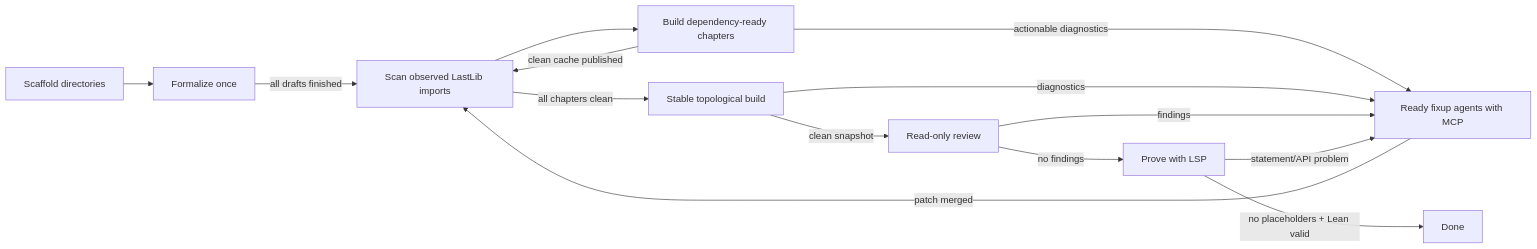
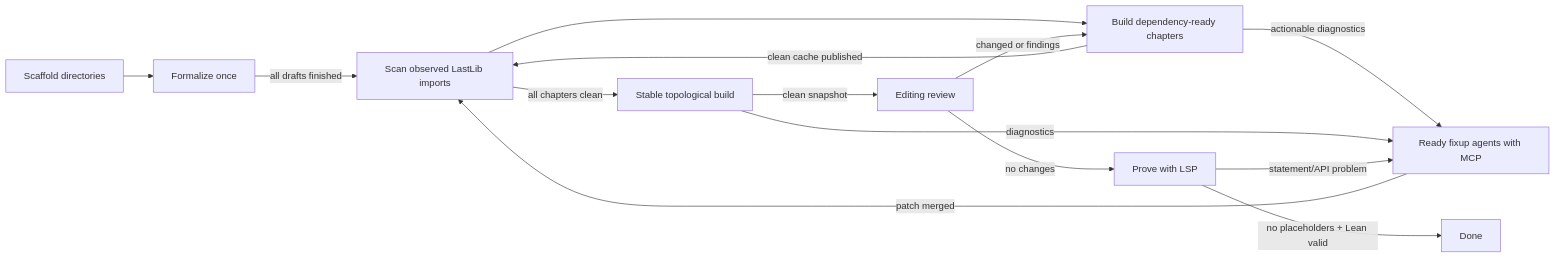
Before and after one commit to phulin/LastLib: the diagram in SWARM.md, drawn with Mermaid. The commit also changed other lines of this file and 7 other files, not shown here.

````diff
--- a/SWARM.md
+++ b/SWARM.md
@@ -13,16 +13,16 @@
 ```mermaid
 flowchart LR
     S[Scaffold directories] --> F[Formalize once]
     F -->|all drafts finished| I[Scan observed LastLib imports]
     I --> B[Build dependency-ready chapters]
     B -->|actionable diagnostics| X[Ready fixup agents with MCP]
     X -->|patch merged| I
     B -->|clean cache published| I
     I -->|all chapters clean| G[Stable topological build]
     G -->|diagnostics| X
-    G -->|clean snapshot| R[Read-only review]
-    R -->|findings| X
-    R -->|no findings| P[Prove with LSP]
+    G -->|clean snapshot| R[Editing review]
+    R -->|changed or findings| B
+    R -->|no changes| P[Prove with LSP]
     P -->|statement/API problem| X
     P -->|no placeholders + Lean valid| D[Done]
 ```
````
